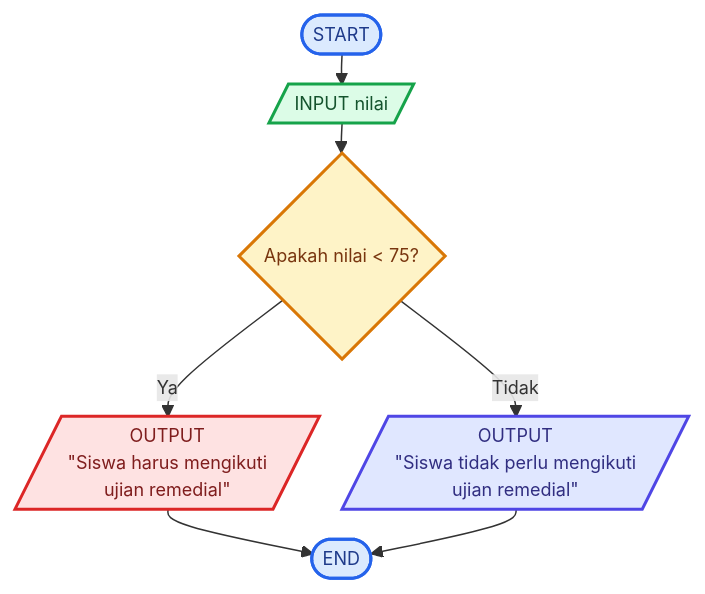
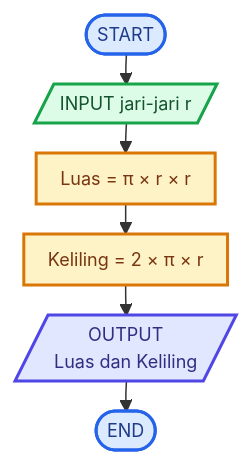
One commit to fatihammar722/Kelas-3E-Pemrograman changed the diagram in README.md. Above: the diagram before and after it, drawn with Mermaid.

````diff
--- a/README.md
+++ b/README.md
@@ -19,29 +19,26 @@
 ```mermaid
 %%{init: {
   "themeVariables": {
     "fontSize": "12px"
   },
   "flowchart": {
     "nodeSpacing": 15,
     "rankSpacing": 20,
     "padding": 8
   }
 }}%%
 
 flowchart TD
-    A([START]) --> B[/INPUT nilai/]
-    B --> C{Apakah nilai < 75?}
-
-    C -->|Ya| D[/OUTPUT<br/>"Siswa harus mengikuti<br/>ujian remedial"/]
-    C -->|Tidak| E[/OUTPUT<br/>"Siswa tidak perlu mengikuti<br/>ujian remedial"/]
-
-    D --> F([END])
-    E --> F
+    A([START]) --> B[/INPUT jari-jari r/]
+    B --> C[Luas = π × r × r]
+    C --> D[Keliling = 2 × π × r]
+    D --> E[/OUTPUT<br/>Luas dan Keliling/]
+    E --> F([END])
 
     style A fill:#dbeafe,stroke:#2563eb,stroke-width:2px,color:#1e3a8a
     style B fill:#dcfce7,stroke:#16a34a,stroke-width:2px,color:#14532d
     style C fill:#fef3c7,stroke:#d97706,stroke-width:2px,color:#78350f
-    style D fill:#fee2e2,stroke:#dc2626,stroke-width:2px,color:#7f1d1d
+    style D fill:#fef3c7,stroke:#d97706,stroke-width:2px,color:#78350f
     style E fill:#e0e7ff,stroke:#4f46e5,stroke-width:2px,color:#312e81
     style F fill:#dbeafe,stroke:#2563eb,stroke-width:2px,color:#1e3a8a
 ```
````
